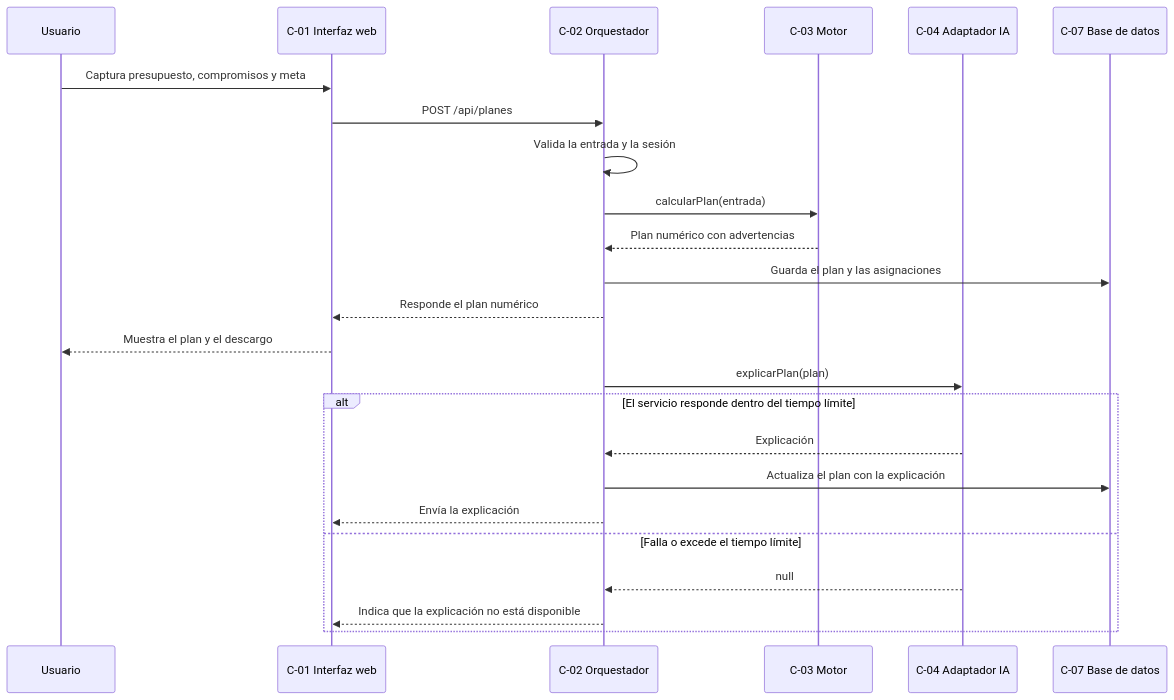
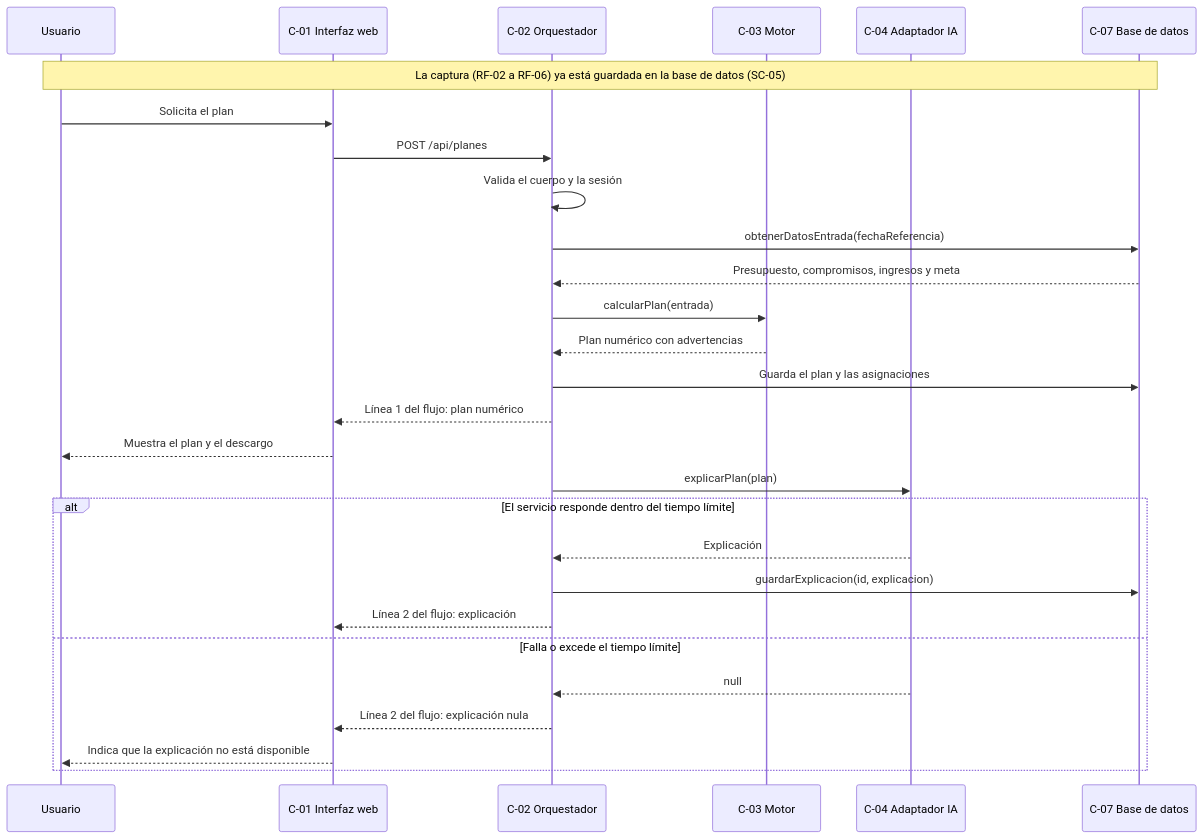
One commit to abdideev/ahorrito changed the diagram in docs/diagramas/03-secuencia-generacion-plan.mmd. Above: the diagram before and after it, drawn with Mermaid. The commit also changed 1 other file, not shown here.

Commit message:
docs: actualiza i-04 y la secuencia de generacion conforme a sc-05
Agrega guardarExplicacion al contrato del repositorio y redibuja la Figura 8: la entrada se lee de la base de datos y la respuesta llega en dos lineas.

Refs #17

```diff
--- a/docs/diagramas/03-secuencia-generacion-plan.mmd
+++ b/docs/diagramas/03-secuencia-generacion-plan.mmd
@@ -1,25 +1,29 @@
 sequenceDiagram
     participant U as Usuario
     participant UI as C-01 Interfaz web
     participant API as C-02 Orquestador
     participant MOT as C-03 Motor
     participant ADI as C-04 Adaptador IA
     participant BD as C-07 Base de datos
 
-    U->>UI: Captura presupuesto, compromisos y meta
+    Note over U,BD: La captura (RF-02 a RF-06) ya está guardada en la base de datos (SC-05)
+    U->>UI: Solicita el plan
     UI->>API: POST /api/planes
-    API->>API: Valida la entrada y la sesión
+    API->>API: Valida el cuerpo y la sesión
+    API->>BD: obtenerDatosEntrada(fechaReferencia)
+    BD-->>API: Presupuesto, compromisos, ingresos y meta
     API->>MOT: calcularPlan(entrada)
     MOT-->>API: Plan numérico con advertencias
     API->>BD: Guarda el plan y las asignaciones
-    API-->>UI: Responde el plan numérico
+    API-->>UI: Línea 1 del flujo: plan numérico
     UI-->>U: Muestra el plan y el descargo
     API->>ADI: explicarPlan(plan)
     alt El servicio responde dentro del tiempo límite
         ADI-->>API: Explicación
-        API->>BD: Actualiza el plan con la explicación
-        API-->>UI: Envía la explicación
+        API->>BD: guardarExplicacion(id, explicacion)
+        API-->>UI: Línea 2 del flujo: explicación
     else Falla o excede el tiempo límite
         ADI-->>API: null
-        API-->>UI: Indica que la explicación no está disponible
+        API-->>UI: Línea 2 del flujo: explicación nula
+        UI-->>U: Indica que la explicación no está disponible
     end
```
